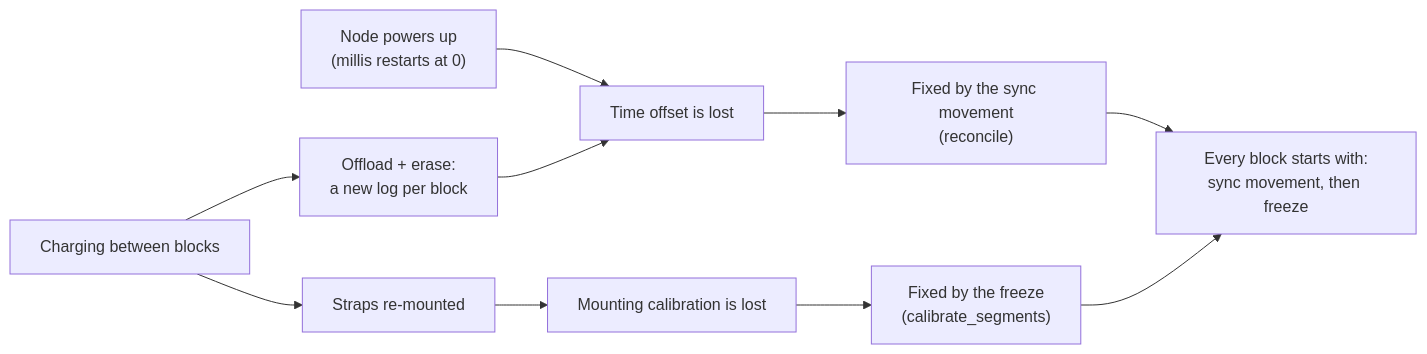
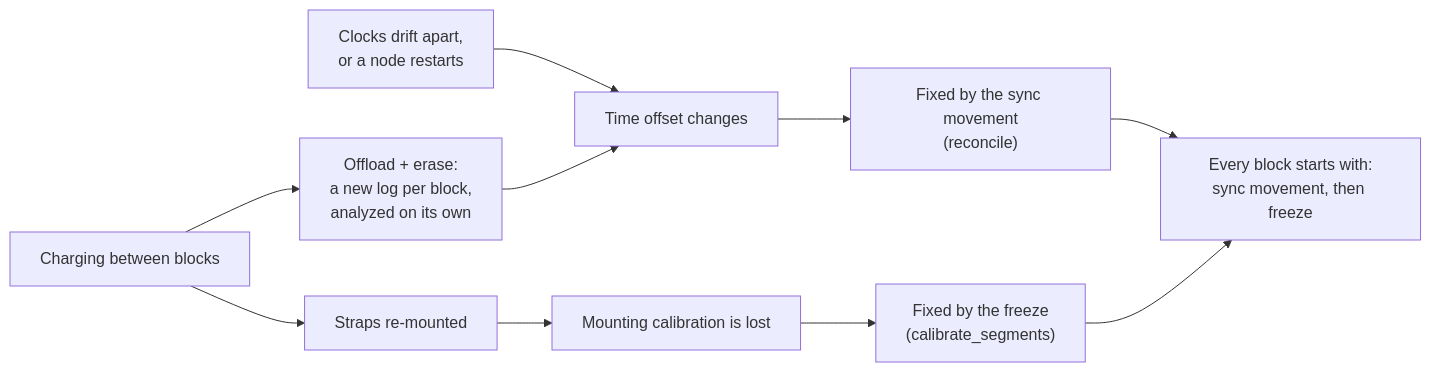
Before and after one commit to Jamie215/HULC_motionshirt: the sixth of 9 diagrams in docs/TECHNICAL_REFERENCE.md, drawn with Mermaid. The commit also changed other lines of this file and 1 other file, not shown here.

First line of the commit message:
Docs: nodes have no power switch; why each block re-syncs

````diff
--- a/docs/TECHNICAL_REFERENCE.md
+++ b/docs/TECHNICAL_REFERENCE.md
@@ -907,10 +912,10 @@
 ```mermaid
 flowchart LR
-    P["Node powers up<br/>(millis restarts at 0)"] --> TO["Time offset is lost"]
+    P["Clocks drift apart,<br/>or a node restarts"] --> TO["Time offset changes"]
     RM["Straps re-mounted"] --> MO["Mounting calibration is lost"]
     CH["Charging between blocks"] --> RM
-    CH --> E["Offload + erase:<br/>a new log per block"] --> TO
+    CH --> E["Offload + erase:<br/>a new log per block,<br/>analyzed on its own"] --> TO
     TO --> S["Fixed by the sync movement<br/>(reconcile)"]
     MO --> F["Fixed by the freeze<br/>(calibrate_segments)"]
     S & F --> B["Every block starts with:<br/>sync movement, then freeze"]
 ```
````
